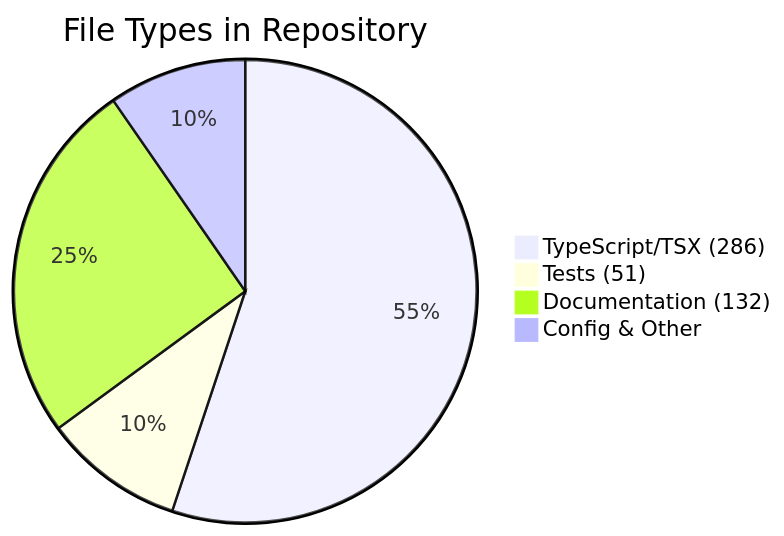
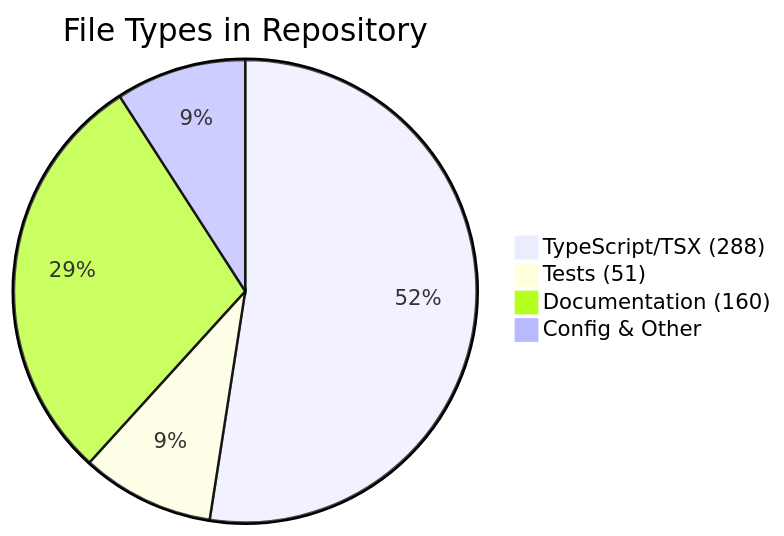
One commit to peteywee/fresh-root changed the diagram in docs/visuals/FILE_DISTRIBUTION.md. Above: the diagram before and after it, drawn with Mermaid. The commit also changed other lines of this file and 2 other files, not shown here.

Commit message:
chore(visuals): auto-update architecture and repo state diagrams
- Architecture: monorepo structure and dependencies

- Repo State: branch status and git history

- Dependency Health: vulnerability and peer dep analysis

- File Distribution: code metrics and organization

Generated by: automation/generate-visuals.yml

````diff
--- a/docs/visuals/FILE_DISTRIBUTION.md
+++ b/docs/visuals/FILE_DISTRIBUTION.md
@@ -3,7 +3,7 @@
 ```mermaid
 pie title File Types in Repository
-    "TypeScript/TSX (286)" : 286
+    "TypeScript/TSX (288)" : 288
     "Tests (51)" : 51
-    "Documentation (132)" : 132
+    "Documentation (160)" : 160
     "Config & Other" : 50
 ```
````
